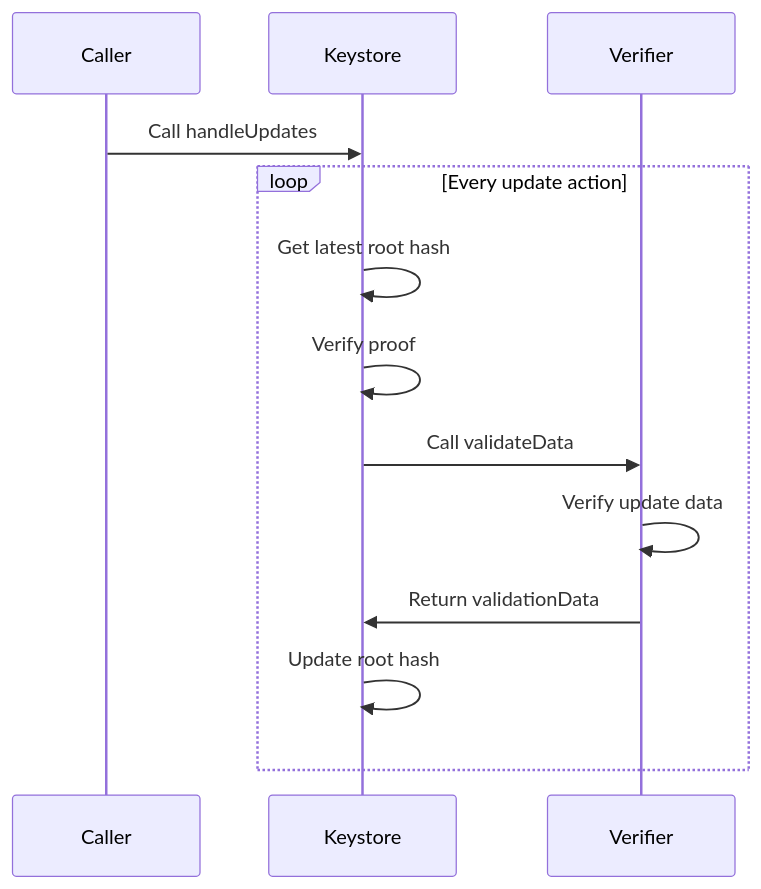
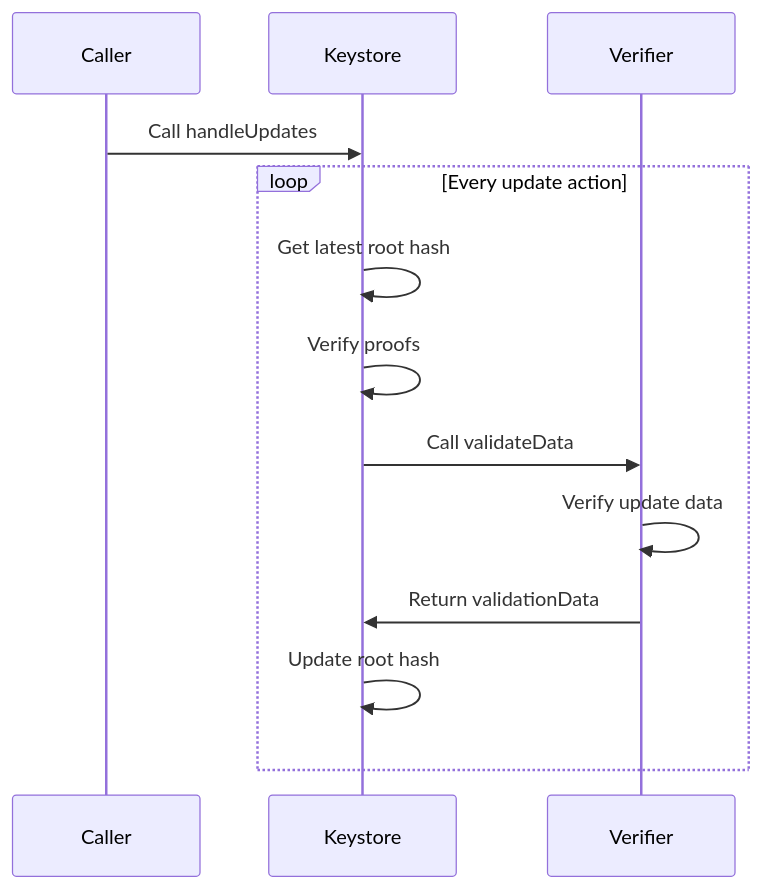
Before and after one commit to stackup-wallet/keystore: the second of 3 diagrams in doc/spec.md, drawn with Mermaid. The commit also changed other lines of this file and 6 other files, not shown here.

````diff
--- a/doc/spec.md
+++ b/doc/spec.md
@@ -154,12 +162,12 @@
 ```mermaid
 sequenceDiagram
     Caller->>Keystore: Call handleUpdates
     loop Every update action
         Keystore->>Keystore: Get latest root hash
-        Keystore->>Keystore: Verify proof
+        Keystore->>Keystore: Verify proofs
         Keystore->>Verifier: Call validateData
         Verifier->>Verifier: Verify update data
         Verifier->>Keystore: Return validationData
         Keystore->>Keystore: Update root hash
     end
 ```
````
